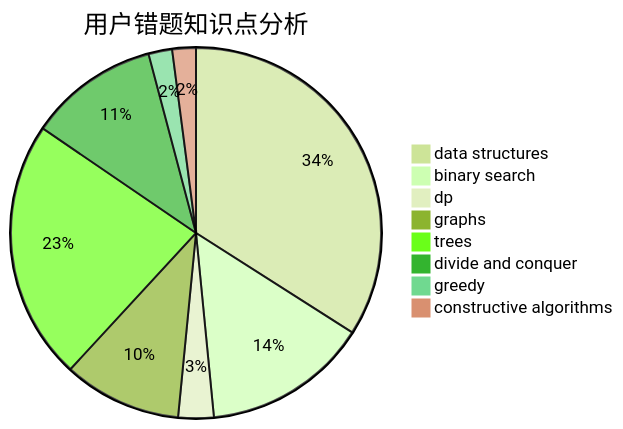
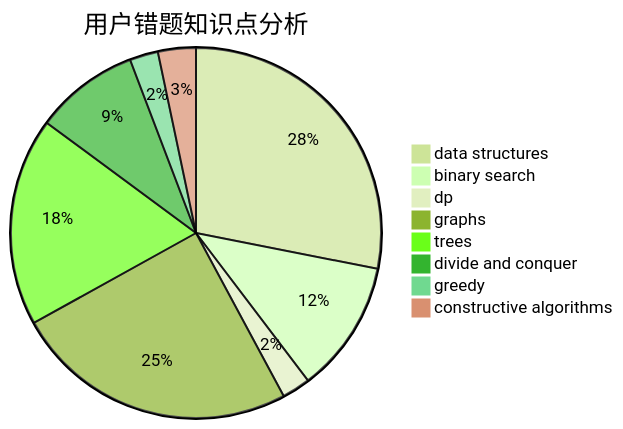
One commit to sherpahu/cfrs.github.io changed the third of 3 diagrams in docs/user/u1672.md. Above: the diagram before and after it, drawn with Mermaid (forest theme). The commit also changed other lines of this file and 2770 other files, not shown here.

````diff
--- a/docs/user/u1672.md
+++ b/docs/user/u1672.md
@@ -36,11 +36,11 @@
 ```mermaid
 pie title 用户错题知识点分析
-    "data structures" :  33
+    "data structures" :  34
     "binary search" :  14
     "dp" :  3
-    "graphs" :  10
+    "graphs" :  30
     "trees" :  22
     "divide and conquer" :  11
-    "greedy" :  2
-    "constructive algorithms" :  2
+    "greedy" :  3
+    "constructive algorithms" :  4
 ```
````
